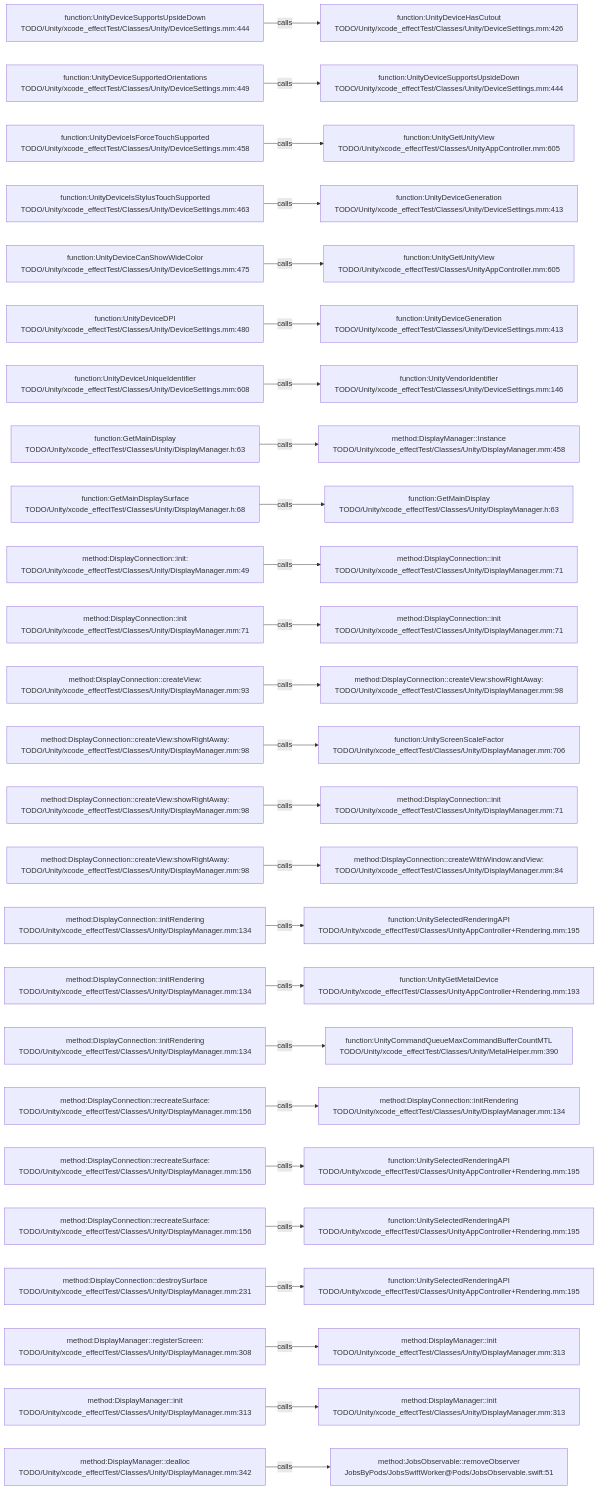
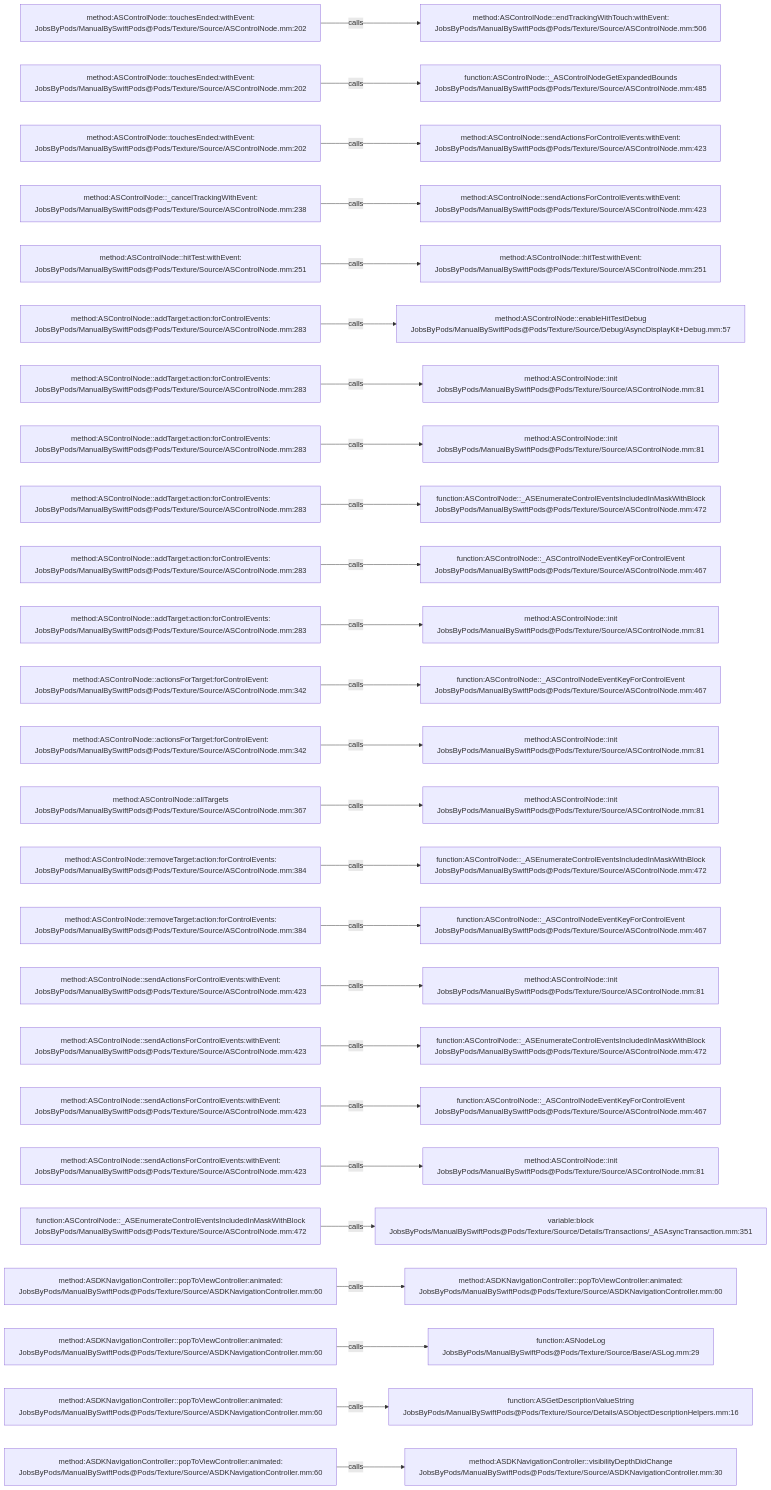
The diagram in .codegraph/codegraph.md/graphs/calls-036.md (JobsKits/JobsSwiftBaseConfigDemo), drawn with Mermaid before and after one commit. The commit also changed 2959 other files, not shown here.

````diff
--- a/.codegraph/codegraph.md/graphs/calls-036.md
+++ b/.codegraph/codegraph.md/graphs/calls-036.md
@@ -13,78 +13,78 @@
 ```mermaid
 flowchart LR
-  S1["function:UnityDeviceSupportsUpsideDown<br/>TODO/Unity/xcode_effectTest/Classes/Unity/DeviceSettings.mm:444"]
-  T1["function:UnityDeviceHasCutout<br/>TODO/Unity/xcode_effectTest/Classes/Unity/DeviceSettings.mm:426"]
+  S1["method:ASControlNode::touchesEnded:withEvent:<br/>JobsByPods/ManualBySwiftPods@Pods/Texture/Source/ASControlNode.mm:202"]
+  T1["method:ASControlNode::endTrackingWithTouch:withEvent:<br/>JobsByPods/ManualBySwiftPods@Pods/Texture/Source/ASControlNode.mm:506"]
   S1 -->|calls| T1
-  S2["function:UnityDeviceSupportedOrientations<br/>TODO/Unity/xcode_effectTest/Classes/Unity/DeviceSettings.mm:449"]
-  T2["function:UnityDeviceSupportsUpsideDown<br/>TODO/Unity/xcode_effectTest/Classes/Unity/DeviceSettings.mm:444"]
+  S2["method:ASControlNode::touchesEnded:withEvent:<br/>JobsByPods/ManualBySwiftPods@Pods/Texture/Source/ASControlNode.mm:202"]
+  T2["function:ASControlNode::_ASControlNodeGetExpandedBounds<br/>JobsByPods/ManualBySwiftPods@Pods/Texture/Source/ASControlNode.mm:485"]
   S2 -->|calls| T2
-  S3["function:UnityDeviceIsForceTouchSupported<br/>TODO/Unity/xcode_effectTest/Classes/Unity/DeviceSettings.mm:458"]
-  T3["function:UnityGetUnityView<br/>TODO/Unity/xcode_effectTest/Classes/UnityAppController.mm:605"]
+  S3["method:ASControlNode::touchesEnded:withEvent:<br/>JobsByPods/ManualBySwiftPods@Pods/Texture/Source/ASControlNode.mm:202"]
+  T3["method:ASControlNode::sendActionsForControlEvents:withEvent:<br/>JobsByPods/ManualBySwiftPods@Pods/Texture/Source/ASControlNode.mm:423"]
   S3 -->|calls| T3
-  S4["function:UnityDeviceIsStylusTouchSupported<br/>TODO/Unity/xcode_effectTest/Classes/Unity/DeviceSettings.mm:463"]
-  T4["function:UnityDeviceGeneration<br/>TODO/Unity/xcode_effectTest/Classes/Unity/DeviceSettings.mm:413"]
+  S4["method:ASControlNode::_cancelTrackingWithEvent:<br/>JobsByPods/ManualBySwiftPods@Pods/Texture/Source/ASControlNode.mm:238"]
+  T4["method:ASControlNode::sendActionsForControlEvents:withEvent:<br/>JobsByPods/ManualBySwiftPods@Pods/Texture/Source/ASControlNode.mm:423"]
   S4 -->|calls| T4
-  S5["function:UnityDeviceCanShowWideColor<br/>TODO/Unity/xcode_effectTest/Classes/Unity/DeviceSettings.mm:475"]
-  T5["function:UnityGetUnityView<br/>TODO/Unity/xcode_effectTest/Classes/UnityAppController.mm:605"]
+  S5["method:ASControlNode::hitTest:withEvent:<br/>JobsByPods/ManualBySwiftPods@Pods/Texture/Source/ASControlNode.mm:251"]
+  T5["method:ASControlNode::hitTest:withEvent:<br/>JobsByPods/ManualBySwiftPods@Pods/Texture/Source/ASControlNode.mm:251"]
   S5 -->|calls| T5
-  S6["function:UnityDeviceDPI<br/>TODO/Unity/xcode_effectTest/Classes/Unity/DeviceSettings.mm:480"]
-  T6["function:UnityDeviceGeneration<br/>TODO/Unity/xcode_effectTest/Classes/Unity/DeviceSettings.mm:413"]
+  S6["method:ASControlNode::addTarget:action:forControlEvents:<br/>JobsByPods/ManualBySwiftPods@Pods/Texture/Source/ASControlNode.mm:283"]
+  T6["method:ASControlNode::enableHitTestDebug<br/>JobsByPods/ManualBySwiftPods@Pods/Texture/Source/Debug/AsyncDisplayKit+Debug.mm:57"]
   S6 -->|calls| T6
-  S7["function:UnityDeviceUniqueIdentifier<br/>TODO/Unity/xcode_effectTest/Classes/Unity/DeviceSettings.mm:608"]
-  T7["function:UnityVendorIdentifier<br/>TODO/Unity/xcode_effectTest/Classes/Unity/DeviceSettings.mm:146"]
+  S7["method:ASControlNode::addTarget:action:forControlEvents:<br/>JobsByPods/ManualBySwiftPods@Pods/Texture/Source/ASControlNode.mm:283"]
+  T7["method:ASControlNode::init<br/>JobsByPods/ManualBySwiftPods@Pods/Texture/Source/ASControlNode.mm:81"]
   S7 -->|calls| T7
-  S8["function:GetMainDisplay<br/>TODO/Unity/xcode_effectTest/Classes/Unity/DisplayManager.h:63"]
-  T8["method:DisplayManager::Instance<br/>TODO/Unity/xcode_effectTest/Classes/Unity/DisplayManager.mm:458"]
+  S8["method:ASControlNode::addTarget:action:forControlEvents:<br/>JobsByPods/ManualBySwiftPods@Pods/Texture/Source/ASControlNode.mm:283"]
+  T8["method:ASControlNode::init<br/>JobsByPods/ManualBySwiftPods@Pods/Texture/Source/ASControlNode.mm:81"]
   S8 -->|calls| T8
-  S9["function:GetMainDisplaySurface<br/>TODO/Unity/xcode_effectTest/Classes/Unity/DisplayManager.h:68"]
-  T9["function:GetMainDisplay<br/>TODO/Unity/xcode_effectTest/Classes/Unity/DisplayManager.h:63"]
+  S9["method:ASControlNode::addTarget:action:forControlEvents:<br/>JobsByPods/ManualBySwiftPods@Pods/Texture/Source/ASControlNode.mm:283"]
+  T9["function:ASControlNode::_ASEnumerateControlEventsIncludedInMaskWithBlock<br/>JobsByPods/ManualBySwiftPods@Pods/Texture/Source/ASControlNode.mm:472"]
   S9 -->|calls| T9
-  S10["method:DisplayConnection::init:<br/>TODO/Unity/xcode_effectTest/Classes/Unity/DisplayManager.mm:49"]
-  T10["method:DisplayConnection::init<br/>TODO/Unity/xcode_effectTest/Classes/Unity/DisplayManager.mm:71"]
+  S10["method:ASControlNode::addTarget:action:forControlEvents:<br/>JobsByPods/ManualBySwiftPods@Pods/Texture/Source/ASControlNode.mm:283"]
+  T10["function:ASControlNode::_ASControlNodeEventKeyForControlEvent<br/>JobsByPods/ManualBySwiftPods@Pods/Texture/Source/ASControlNode.mm:467"]
   S10 -->|calls| T10
-  S11["method:DisplayConnection::init<br/>TODO/Unity/xcode_effectTest/Classes/Unity/DisplayManager.mm:71"]
-  T11["method:DisplayConnection::init<br/>TODO/Unity/xcode_effectTest/Classes/Unity/DisplayManager.mm:71"]
+  S11["method:ASControlNode::addTarget:action:forControlEvents:<br/>JobsByPods/ManualBySwiftPods@Pods/Texture/Source/ASControlNode.mm:283"]
+  T11["method:ASControlNode::init<br/>JobsByPods/ManualBySwiftPods@Pods/Texture/Source/ASControlNode.mm:81"]
   S11 -->|calls| T11
-  S12["method:DisplayConnection::createView:<br/>TODO/Unity/xcode_effectTest/Classes/Unity/DisplayManager.mm:93"]
-  T12["method:DisplayConnection::createView:showRightAway:<br/>TODO/Unity/xcode_effectTest/Classes/Unity/DisplayManager.mm:98"]
+  S12["method:ASControlNode::actionsForTarget:forControlEvent:<br/>JobsByPods/ManualBySwiftPods@Pods/Texture/Source/ASControlNode.mm:342"]
+  T12["function:ASControlNode::_ASControlNodeEventKeyForControlEvent<br/>JobsByPods/ManualBySwiftPods@Pods/Texture/Source/ASControlNode.mm:467"]
   S12 -->|calls| T12
-  S13["method:DisplayConnection::createView:showRightAway:<br/>TODO/Unity/xcode_effectTest/Classes/Unity/DisplayManager.mm:98"]
-  T13["function:UnityScreenScaleFactor<br/>TODO/Unity/xcode_effectTest/Classes/Unity/DisplayManager.mm:706"]
+  S13["method:ASControlNode::actionsForTarget:forControlEvent:<br/>JobsByPods/ManualBySwiftPods@Pods/Texture/Source/ASControlNode.mm:342"]
+  T13["method:ASControlNode::init<br/>JobsByPods/ManualBySwiftPods@Pods/Texture/Source/ASControlNode.mm:81"]
   S13 -->|calls| T13
-  S14["method:DisplayConnection::createView:showRightAway:<br/>TODO/Unity/xcode_effectTest/Classes/Unity/DisplayManager.mm:98"]
-  T14["method:DisplayConnection::init<br/>TODO/Unity/xcode_effectTest/Classes/Unity/DisplayManager.mm:71"]
+  S14["method:ASControlNode::allTargets<br/>JobsByPods/ManualBySwiftPods@Pods/Texture/Source/ASControlNode.mm:367"]
+  T14["method:ASControlNode::init<br/>JobsByPods/ManualBySwiftPods@Pods/Texture/Source/ASControlNode.mm:81"]
   S14 -->|calls| T14
-  S15["method:DisplayConnection::createView:showRightAway:<br/>TODO/Unity/xcode_effectTest/Classes/Unity/DisplayManager.mm:98"]
-  T15["method:DisplayConnection::createWithWindow:andView:<br/>TODO/Unity/xcode_effectTest/Classes/Unity/DisplayManager.mm:84"]
+  S15["method:ASControlNode::removeTarget:action:forControlEvents:<br/>JobsByPods/ManualBySwiftPods@Pods/Texture/Source/ASControlNode.mm:384"]
+  T15["function:ASControlNode::_ASEnumerateControlEventsIncludedInMaskWithBlock<br/>JobsByPods/ManualBySwiftPods@Pods/Texture/Source/ASControlNode.mm:472"]
   S15 -->|calls| T15
-  S16["method:DisplayConnection::initRendering<br/>TODO/Unity/xcode_effectTest/Classes/Unity/DisplayManager.mm:134"]
-  T16["function:UnitySelectedRenderingAPI<br/>TODO/Unity/xcode_effectTest/Classes/UnityAppController+Rendering.mm:195"]
+  S16["method:ASControlNode::removeTarget:action:forControlEvents:<br/>JobsByPods/ManualBySwiftPods@Pods/Texture/Source/ASControlNode.mm:384"]
+  T16["function:ASControlNode::_ASControlNodeEventKeyForControlEvent<br/>JobsByPods/ManualBySwiftPods@Pods/Texture/Source/ASControlNode.mm:467"]
   S16 -->|calls| T16
-  S17["method:DisplayConnection::initRendering<br/>TODO/Unity/xcode_effectTest/Classes/Unity/DisplayManager.mm:134"]
-  T17["function:UnityGetMetalDevice<br/>TODO/Unity/xcode_effectTest/Classes/UnityAppController+Rendering.mm:193"]
+  S17["method:ASControlNode::sendActionsForControlEvents:withEvent:<br/>JobsByPods/ManualBySwiftPods@Pods/Texture/Source/ASControlNode.mm:423"]
+  T17["method:ASControlNode::init<br/>JobsByPods/ManualBySwiftPods@Pods/Texture/Source/ASControlNode.mm:81"]
   S17 -->|calls| T17
-  S18["method:DisplayConnection::initRendering<br/>TODO/Unity/xcode_effectTest/Classes/Unity/DisplayManager.mm:134"]
-  T18["function:UnityCommandQueueMaxCommandBufferCountMTL<br/>TODO/Unity/xcode_effectTest/Classes/Unity/MetalHelper.mm:390"]
+  S18["method:ASControlNode::sendActionsForControlEvents:withEvent:<br/>JobsByPods/ManualBySwiftPods@Pods/Texture/Source/ASControlNode.mm:423"]
+  T18["function:ASControlNode::_ASEnumerateControlEventsIncludedInMaskWithBlock<br/>JobsByPods/ManualBySwiftPods@Pods/Texture/Source/ASControlNode.mm:472"]
   S18 -->|calls| T18
-  S19["method:DisplayConnection::recreateSurface:<br/>TODO/Unity/xcode_effectTest/Classes/Unity/DisplayManager.mm:156"]
-  T19["method:DisplayConnection::initRendering<br/>TODO/Unity/xcode_effectTest/Classes/Unity/DisplayManager.mm:134"]
+  S19["method:ASControlNode::sendActionsForControlEvents:withEvent:<br/>JobsByPods/ManualBySwiftPods@Pods/Texture/Source/ASControlNode.mm:423"]
+  T19["function:ASControlNode::_ASControlNodeEventKeyForControlEvent<br/>JobsByPods/ManualBySwiftPods@Pods/Texture/Source/ASControlNode.mm:467"]
   S19 -->|calls| T19
-  S20["method:DisplayConnection::recreateSurface:<br/>TODO/Unity/xcode_effectTest/Classes/Unity/DisplayManager.mm:156"]
-  T20["function:UnitySelectedRenderingAPI<br/>TODO/Unity/xcode_effectTest/Classes/UnityAppController+Rendering.mm:195"]
+  S20["method:ASControlNode::sendActionsForControlEvents:withEvent:<br/>JobsByPods/ManualBySwiftPods@Pods/Texture/Source/ASControlNode.mm:423"]
+  T20["method:ASControlNode::init<br/>JobsByPods/ManualBySwiftPods@Pods/Texture/Source/ASControlNode.mm:81"]
   S20 -->|calls| T20
-  S21["method:DisplayConnection::recreateSurface:<br/>TODO/Unity/xcode_effectTest/Classes/Unity/DisplayManager.mm:156"]
-  T21["function:UnitySelectedRenderingAPI<br/>TODO/Unity/xcode_effectTest/Classes/UnityAppController+Rendering.mm:195"]
+  S21["function:ASControlNode::_ASEnumerateControlEventsIncludedInMaskWithBlock<br/>JobsByPods/ManualBySwiftPods@Pods/Texture/Source/ASControlNode.mm:472"]
+  T21["variable:block<br/>JobsByPods/ManualBySwiftPods@Pods/Texture/Source/Details/Transactions/_ASAsyncTransaction.mm:351"]
   S21 -->|calls| T21
-  S22["method:DisplayConnection::destroySurface<br/>TODO/Unity/xcode_effectTest/Classes/Unity/DisplayManager.mm:231"]
-  T22["function:UnitySelectedRenderingAPI<br/>TODO/Unity/xcode_effectTest/Classes/UnityAppController+Rendering.mm:195"]
+  S22["method:ASDKNavigationController::popToViewController:animated:<br/>JobsByPods/ManualBySwiftPods@Pods/Texture/Source/ASDKNavigationController.mm:60"]
+  T22["method:ASDKNavigationController::popToViewController:animated:<br/>JobsByPods/ManualBySwiftPods@Pods/Texture/Source/ASDKNavigationController.mm:60"]
   S22 -->|calls| T22
-  S23["method:DisplayManager::registerScreen:<br/>TODO/Unity/xcode_effectTest/Classes/Unity/DisplayManager.mm:308"]
-  T23["method:DisplayManager::init<br/>TODO/Unity/xcode_effectTest/Classes/Unity/DisplayManager.mm:313"]
+  S23["method:ASDKNavigationController::popToViewController:animated:<br/>JobsByPods/ManualBySwiftPods@Pods/Texture/Source/ASDKNavigationController.mm:60"]
+  T23["function:ASNodeLog<br/>JobsByPods/ManualBySwiftPods@Pods/Texture/Source/Base/ASLog.mm:29"]
   S23 -->|calls| T23
-  S24["method:DisplayManager::init<br/>TODO/Unity/xcode_effectTest/Classes/Unity/DisplayManager.mm:313"]
-  T24["method:DisplayManager::init<br/>TODO/Unity/xcode_effectTest/Classes/Unity/DisplayManager.mm:313"]
+  S24["method:ASDKNavigationController::popToViewController:animated:<br/>JobsByPods/ManualBySwiftPods@Pods/Texture/Source/ASDKNavigationController.mm:60"]
+  T24["function:ASGetDescriptionValueString<br/>JobsByPods/ManualBySwiftPods@Pods/Texture/Source/Details/ASObjectDescriptionHelpers.mm:16"]
   S24 -->|calls| T24
-  S25["method:DisplayManager::dealloc<br/>TODO/Unity/xcode_effectTest/Classes/Unity/DisplayManager.mm:342"]
-  T25["method:JobsObservable::removeObserver<br/>JobsByPods/JobsSwiftWorker@Pods/JobsObservable.swift:51"]
+  S25["method:ASDKNavigationController::popToViewController:animated:<br/>JobsByPods/ManualBySwiftPods@Pods/Texture/Source/ASDKNavigationController.mm:60"]
+  T25["method:ASDKNavigationController::visibilityDepthDidChange<br/>JobsByPods/ManualBySwiftPods@Pods/Texture/Source/ASDKNavigationController.mm:30"]
   S25 -->|calls| T25
 ```
````
